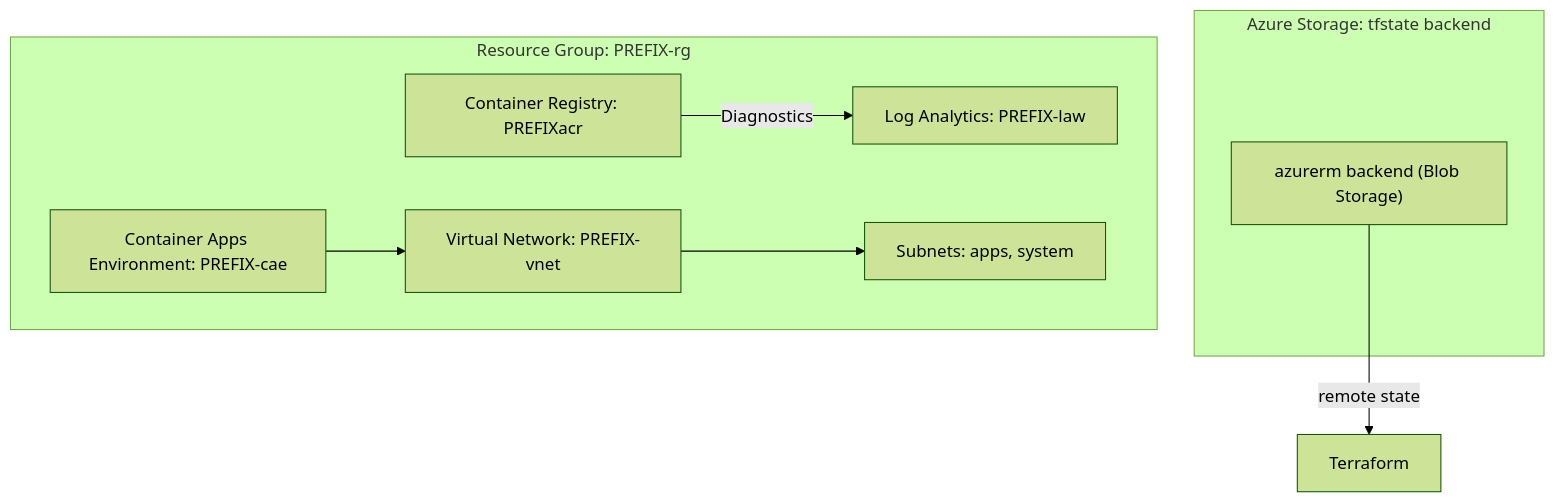
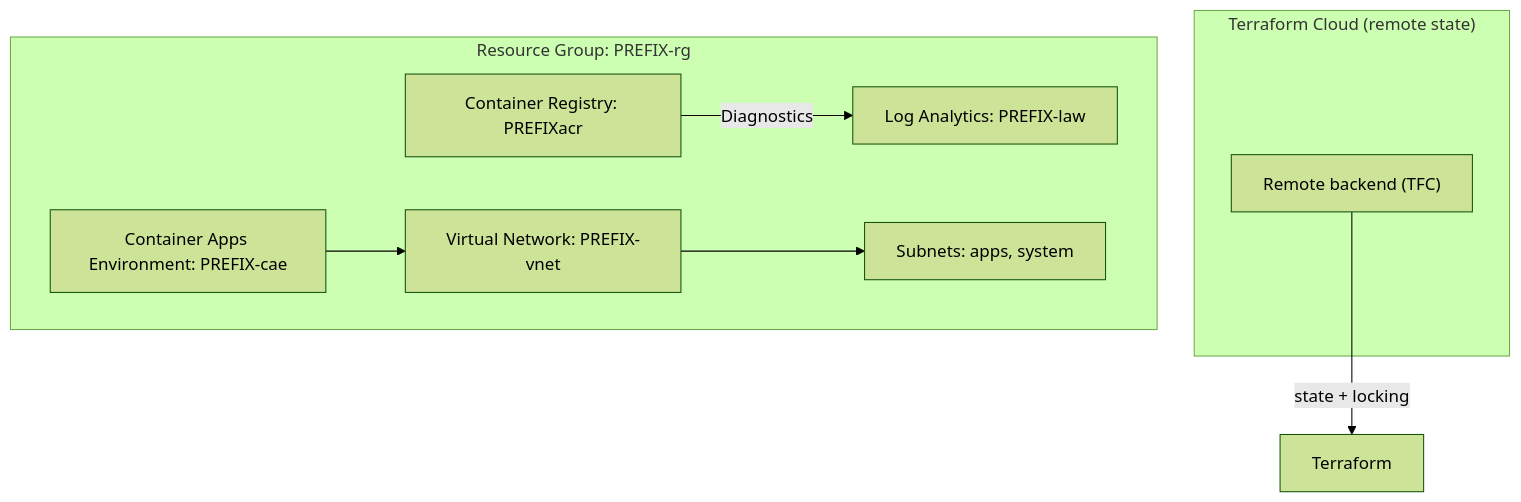
One commit to JT-Engineering-Dev/azure-infra-cicd-starter changed the diagram in README.md. Above: the diagram before and after it, drawn with Mermaid (forest theme). The commit also changed other lines of this file and 7 other files, not shown here.

Commit message:
feat: move remote state to terraform cloud

````diff
--- a/README.md
+++ b/README.md
@@ -17,19 +17,19 @@
 ```mermaid
 flowchart TD
-  subgraph TFSTATE["Azure Storage: tfstate backend"]
-    STATE["azurerm backend (Blob Storage)"]
+  subgraph TFSTATE["Terraform Cloud (remote state)"]
+    STATE["Remote backend (TFC)"]
   end
 
   subgraph RG["Resource Group: PREFIX-rg"]
     VNET["Virtual Network: PREFIX-vnet"]
     SUBS["Subnets: apps, system"]
     LAW["Log Analytics: PREFIX-law"]
     ACR["Container Registry: PREFIXacr"]
     CAE["Container Apps Environment: PREFIX-cae"]
   end
 
-  STATE -->|remote state| Terraform
+  STATE -->|state + locking| Terraform
   ACR -->|Diagnostics| LAW
   VNET --> SUBS
   CAE --> VNET
 ```
````
